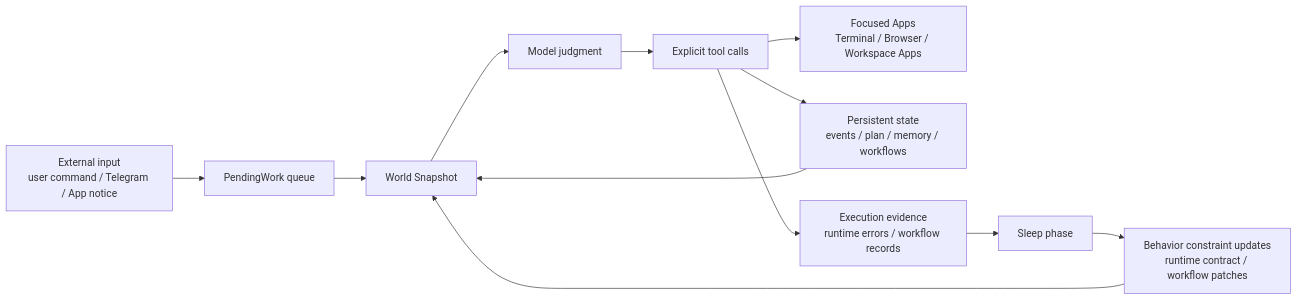
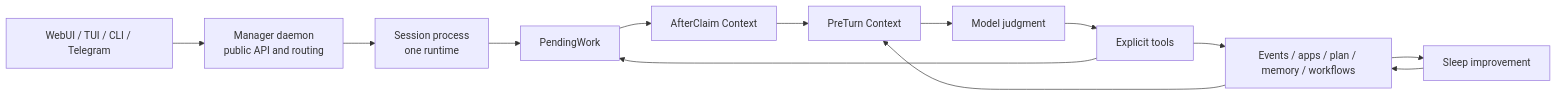
One commit to logic10492/DaatLocus changed the diagram in docs/architecture.md. Above: the diagram before and after it, drawn with Mermaid. The commit also changed other lines of this file and 8 other files, not shown here.

Commit message:
Document current runtime architecture boundaries

````diff
--- a/docs/architecture.md
+++ b/docs/architecture.md
@@ -146,20 +82,20 @@
 ```mermaid
 flowchart LR
-    Input[External input<br/>user command / Telegram / App notice]
-    Queue[PendingWork queue]
-    Snapshot[World Snapshot]
+    Client[WebUI / TUI / CLI / Telegram]
+    Manager[Manager daemon<br/>public API and routing]
+    Session[Session process<br/>one runtime]
+    Pending[PendingWork]
+    After[AfterClaim Context]
+    Pre[PreTurn Context]
     Model[Model judgment]
-    Tools[Explicit tool calls]
-    Apps[Focused Apps<br/>Terminal / Browser / Workspace Apps]
-    State[Persistent state<br/>events / plan / memory / workflows]
-    Evidence[Execution evidence<br/>runtime errors / workflow records]
-    Sleep[Sleep phase]
-    Update[Behavior constraint updates<br/>runtime contract / workflow patches]
+    Tools[Explicit tools]
+    State[Events / apps / plan / memory / workflows]
+    Sleep[Sleep improvement]
 
-    Input --> Queue --> Snapshot --> Model --> Tools
-    Tools --> Apps
+    Client --> Manager --> Session --> Pending --> After --> Pre --> Model --> Tools
     Tools --> State
-    State --> Snapshot
-    Tools --> Evidence
-    Evidence --> Sleep --> Update --> Snapshot
+    State --> Pre
+    Tools --> Pending
+    State --> Sleep
+    Sleep --> State
 ```
````
